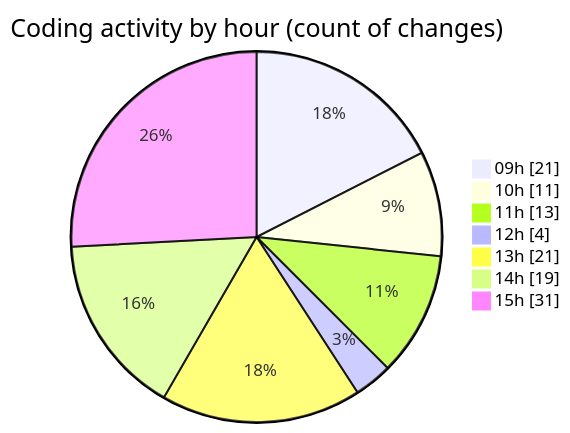
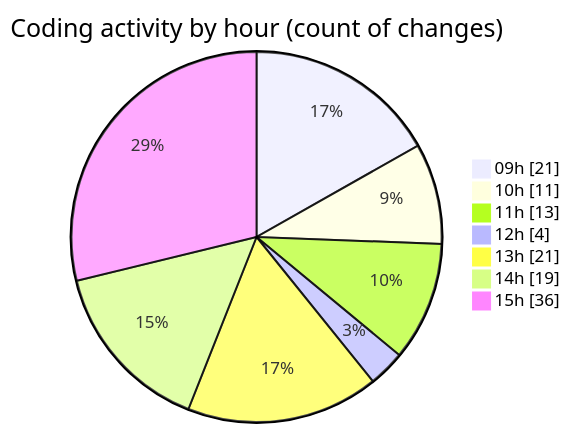
The second of 2 diagrams in 2026-06-01/cda/README.md (momahboobian/code-tracking), drawn with Mermaid before and after one commit. The commit also changed other lines of this file and 1 other file, not shown here.

````diff
--- a/2026-06-01/cda/README.md
+++ b/2026-06-01/cda/README.md
@@ -84,11 +84,11 @@
 ```mermaid
 pie showData
 title Coding activity by hour (count of changes)
 "09h" : 21
 "10h" : 11
 "11h" : 13
 "12h" : 4
 "13h" : 21
 "14h" : 19
-"15h" : 31
+"15h" : 36
 ```
````
